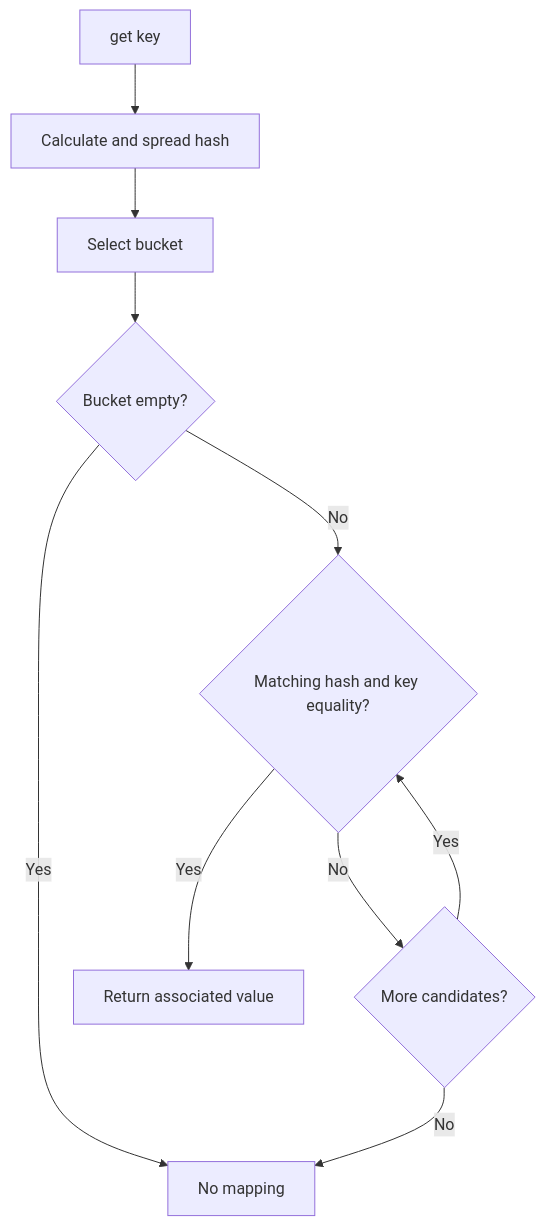
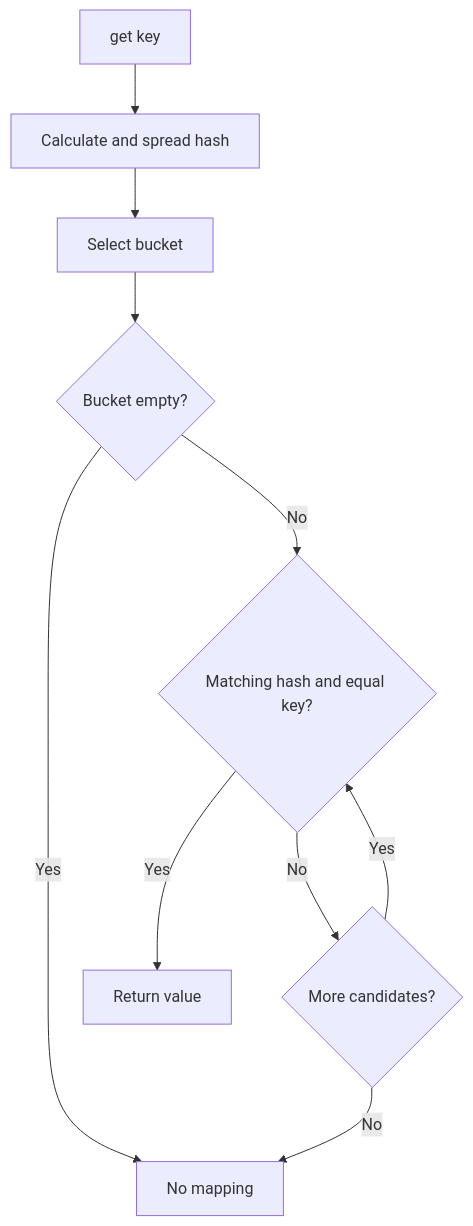
Before and after one commit to arvind-codegnan/core-java-reference-material: the seventh of 9 diagrams in collections.md, drawn with Mermaid. The commit also changed other lines of this file, not shown here.

````diff
--- a/collections.md
+++ b/collections.md
@@ -443,12 +753,12 @@
 ```mermaid
 flowchart TD
     A[get key] --> B[Calculate and spread hash]
     B --> C[Select bucket]
     C --> D{Bucket empty?}
     D -->|Yes| N[No mapping]
-    D -->|No| E{Matching hash and key equality?}
-    E -->|Yes| V[Return associated value]
+    D -->|No| E{Matching hash and equal key?}
+    E -->|Yes| V[Return value]
     E -->|No| F{More candidates?}
     F -->|Yes| E
     F -->|No| N
 ```
````
